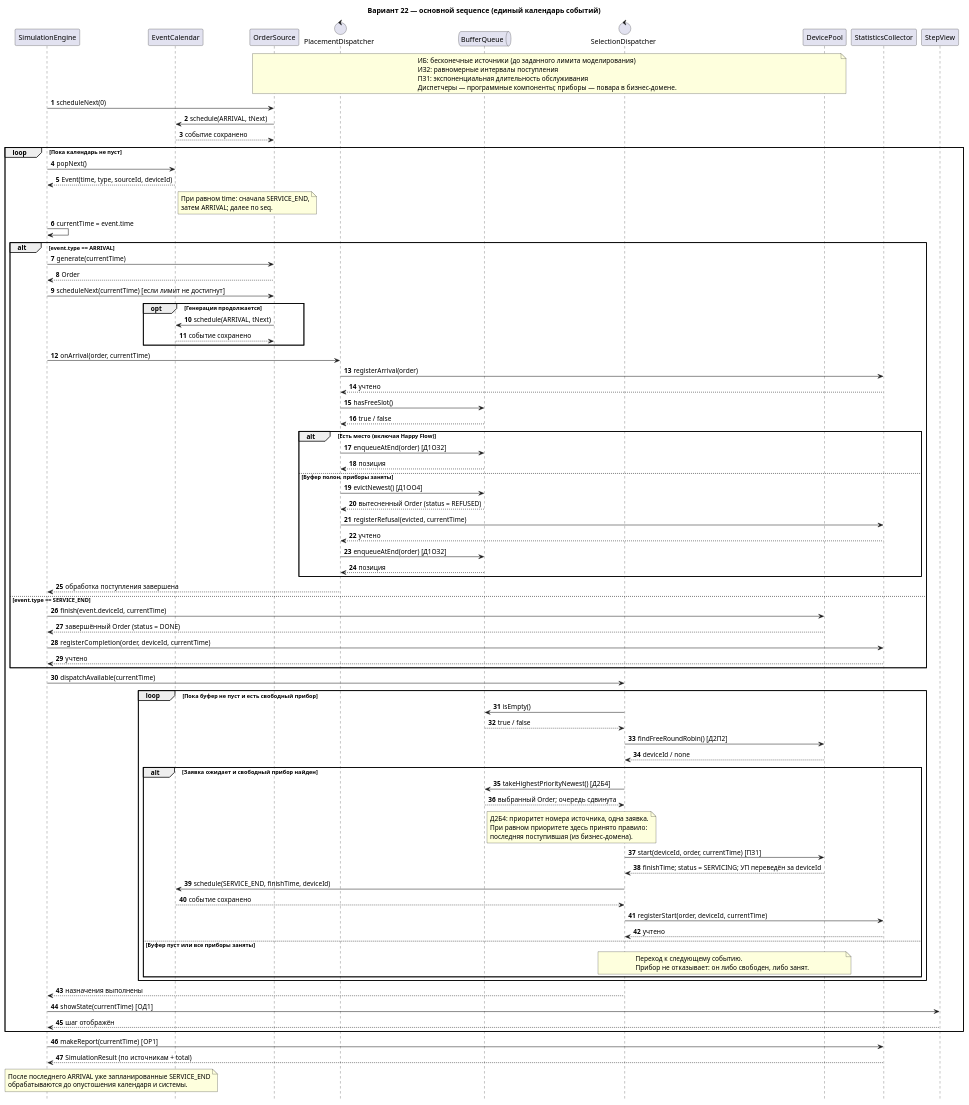
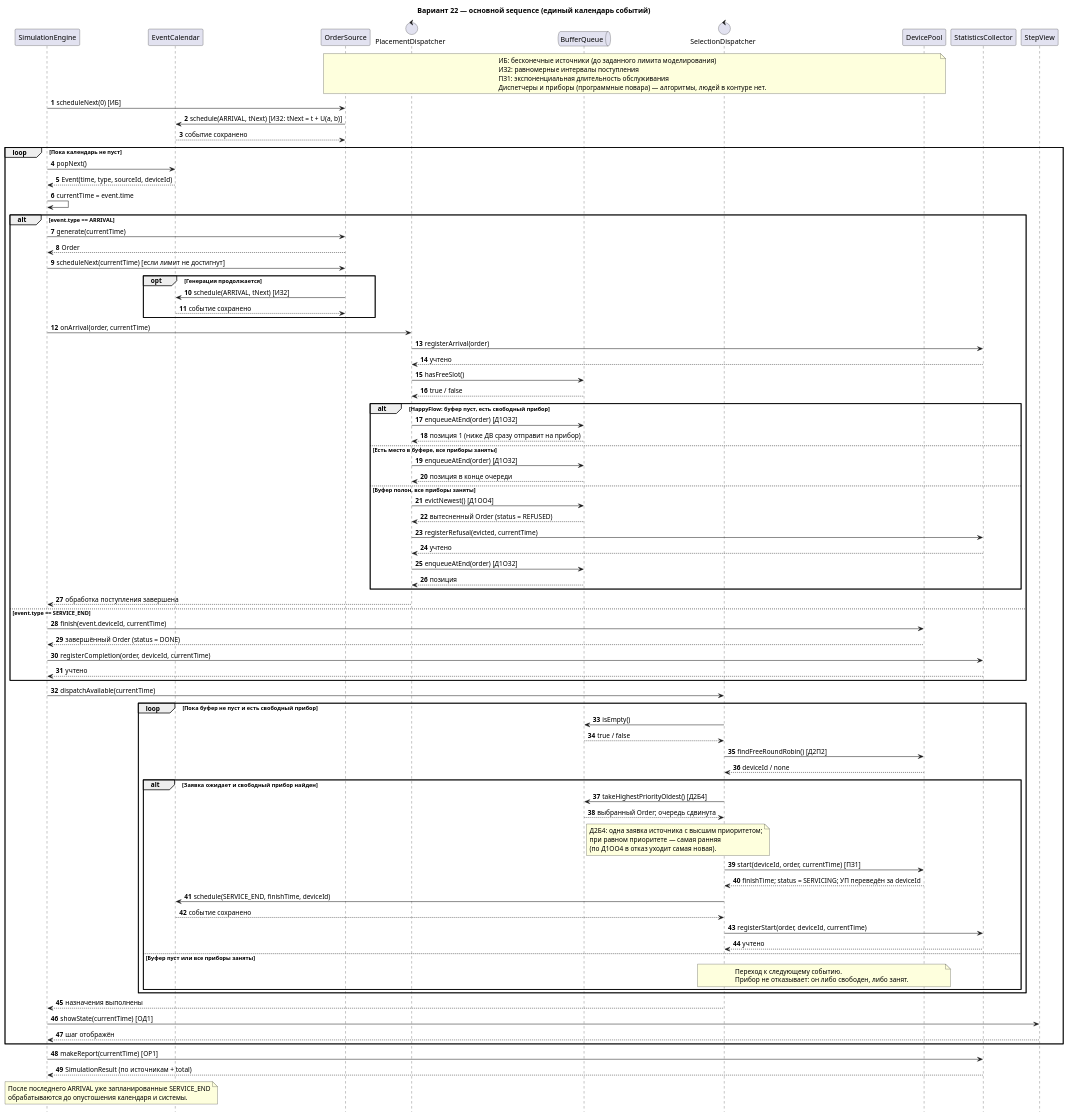
The diagram in artifacts/sequence/main-sequence.puml (tuesdayy1/SMO-Dark-Kitchen), drawn with PlantUML before and after one commit. The commit also changed 10 other files, not shown here.

```diff
--- a/artifacts/sequence/main-sequence.puml
+++ b/artifacts/sequence/main-sequence.puml
@@ -1,102 +1,101 @@
 @startuml
 title Вариант 22 — основной sequence (единый календарь событий)
 hide footbox
 autonumber
 participant "SimulationEngine" as Engine
 participant "EventCalendar" as Cal
 participant "OrderSource" as Source
 control "PlacementDispatcher" as Placement
 queue "BufferQueue" as Buffer
 control "SelectionDispatcher" as Selection
 participant "DevicePool" as Pool
 participant "StatisticsCollector" as Stats
 participant "StepView" as View
 
 note over Source,Pool
 ИБ: бесконечные источники (до заданного лимита моделирования)
 ИЗ2: равномерные интервалы поступления
 ПЗ1: экспоненциальная длительность обслуживания
-Диспетчеры — программные компоненты; приборы — повара в бизнес-домене.
+Диспетчеры и приборы (программные повара) — алгоритмы, людей в контуре нет.
 end note
-Engine -> Source: scheduleNext(0)
-Source -> Cal: schedule(ARRIVAL, tNext)
+Engine -> Source: scheduleNext(0) [ИБ]
+Source -> Cal: schedule(ARRIVAL, tNext) [ИЗ2: tNext = t + U(a, b)]
 Cal --> Source: событие сохранено
 
 loop Пока календарь не пуст
   Engine -> Cal: popNext()
   Cal --> Engine: Event(time, type, sourceId, deviceId)
-  note right of Cal
-  При равном time: сначала SERVICE_END,
-  затем ARRIVAL; далее по seq.
-  end note
   Engine -> Engine: currentTime = event.time
   alt event.type == ARRIVAL
     Engine -> Source: generate(currentTime)
     Source --> Engine: Order
     Engine -> Source: scheduleNext(currentTime) [если лимит не достигнут]
     opt Генерация продолжается
-      Source -> Cal: schedule(ARRIVAL, tNext)
+      Source -> Cal: schedule(ARRIVAL, tNext) [ИЗ2]
       Cal --> Source: событие сохранено
     end
     Engine -> Placement: onArrival(order, currentTime)
     Placement -> Stats: registerArrival(order)
     Stats --> Placement: учтено
     Placement -> Buffer: hasFreeSlot()
     Buffer --> Placement: true / false
-    alt Есть место (включая Happy Flow)
+    alt HappyFlow: буфер пуст, есть свободный прибор
       Placement -> Buffer: enqueueAtEnd(order) [Д1ОЗ2]
-      Buffer --> Placement: позиция
-    else Буфер полон, приборы заняты
+      Buffer --> Placement: позиция 1 (ниже ДВ сразу отправит на прибор)
+    else Есть место в буфере, все приборы заняты
+      Placement -> Buffer: enqueueAtEnd(order) [Д1ОЗ2]
+      Buffer --> Placement: позиция в конце очереди
+    else Буфер полон, все приборы заняты
       Placement -> Buffer: evictNewest() [Д1ОО4]
       Buffer --> Placement: вытесненный Order (status = REFUSED)
       Placement -> Stats: registerRefusal(evicted, currentTime)
       Stats --> Placement: учтено
       Placement -> Buffer: enqueueAtEnd(order) [Д1ОЗ2]
       Buffer --> Placement: позиция
     end
     Placement --> Engine: обработка поступления завершена
   else event.type == SERVICE_END
     Engine -> Pool: finish(event.deviceId, currentTime)
     Pool --> Engine: завершённый Order (status = DONE)
     Engine -> Stats: registerCompletion(order, deviceId, currentTime)
     Stats --> Engine: учтено
   end
 
   Engine -> Selection: dispatchAvailable(currentTime)
   loop Пока буфер не пуст и есть свободный прибор
     Selection -> Buffer: isEmpty()
     Buffer --> Selection: true / false
     Selection -> Pool: findFreeRoundRobin() [Д2П2]
     Pool --> Selection: deviceId / none
     alt Заявка ожидает и свободный прибор найден
-      Selection -> Buffer: takeHighestPriorityNewest() [Д2Б4]
+      Selection -> Buffer: takeHighestPriorityOldest() [Д2Б4]
       Buffer --> Selection: выбранный Order; очередь сдвинута
       note right of Buffer
-      Д2Б4: приоритет номера источника, одна заявка.
-      При равном приоритете здесь принято правило:
-      последняя поступившая (из бизнес-домена).
+      Д2Б4: одна заявка источника с высшим приоритетом;
+      при равном приоритете — самая ранняя
+      (по Д1ОО4 в отказ уходит самая новая).
       end note
       Selection -> Pool: start(deviceId, order, currentTime) [ПЗ1]
       Pool --> Selection: finishTime; status = SERVICING; УП переведён за deviceId
       Selection -> Cal: schedule(SERVICE_END, finishTime, deviceId)
       Cal --> Selection: событие сохранено
       Selection -> Stats: registerStart(order, deviceId, currentTime)
       Stats --> Selection: учтено
     else Буфер пуст или все приборы заняты
       note over Selection,Pool
       Переход к следующему событию.
       Прибор не отказывает: он либо свободен, либо занят.
       end note
     end
   end
   Selection --> Engine: назначения выполнены
   Engine -> View: showState(currentTime) [ОД1]
   View --> Engine: шаг отображён
 end
 Engine -> Stats: makeReport(currentTime) [ОР1]
 Stats --> Engine: SimulationResult (по источникам + total)
 note over Engine,Cal
 После последнего ARRIVAL уже запланированные SERVICE_END
 обрабатываются до опустошения календаря и системы.
 end note
 @enduml
```
